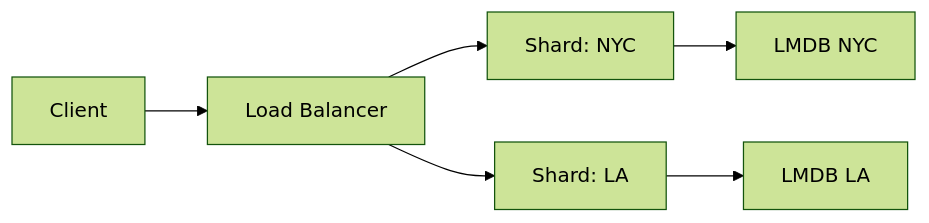
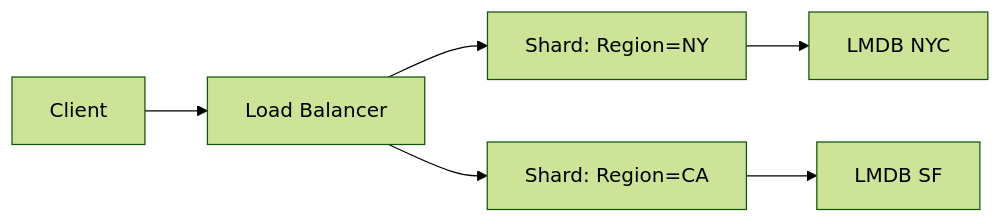
The seventh of 7 diagrams in README.md (krish12345y89/rust-framework), drawn with Mermaid (forest theme) before and after one commit. The commit also changed other lines of this file, not shown here.

````diff
--- a/README.md
+++ b/README.md
@@ -229,8 +170,8 @@
 ```mermaid
 flowchart LR
     Client --> LB[Load Balancer]
-    LB --> Shard1[Shard: NYC]
-    LB --> Shard2[Shard: LA]
+    LB --> Shard1[Shard: Region=NY]
+    LB --> Shard2[Shard: Region=CA]
     Shard1 --> DB1[LMDB NYC]
-    Shard2 --> DB2[LMDB LA]
+    Shard2 --> DB2[LMDB SF]
 ```
````
